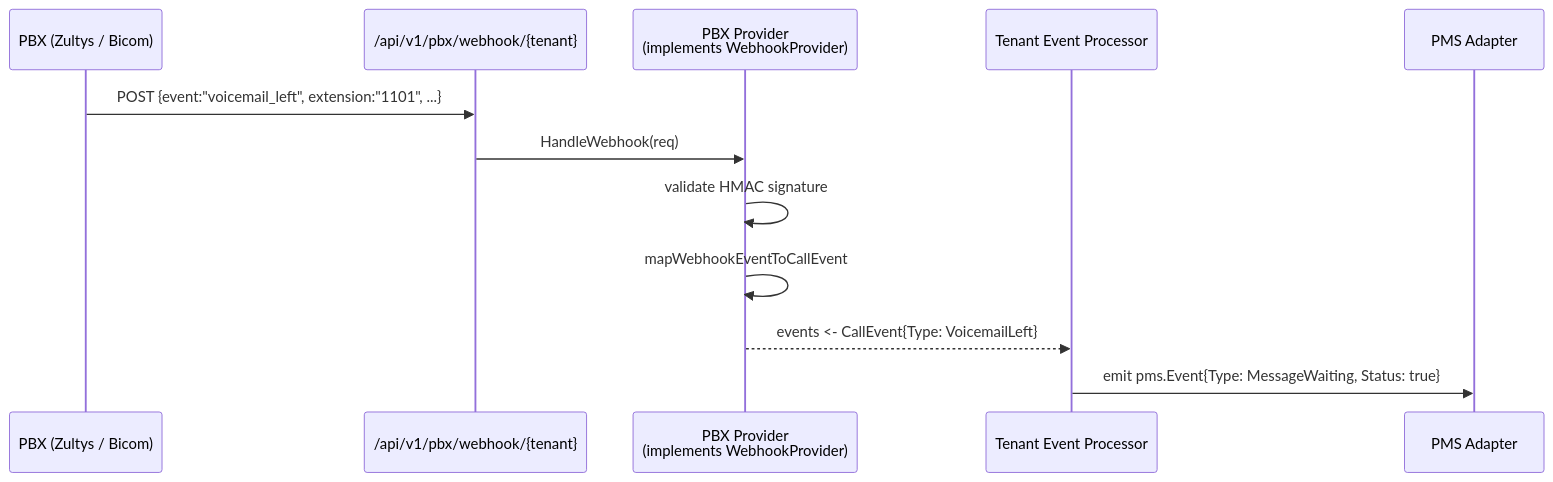
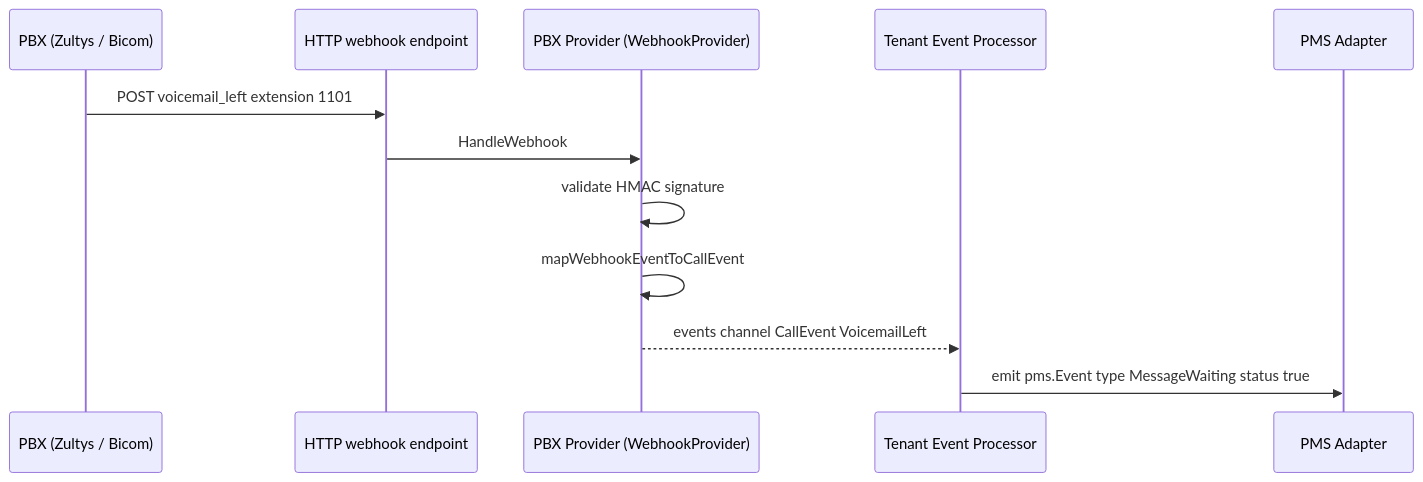
The sixth of 8 diagrams in docs/architecture.md (sagostin/pbx-hospitality), drawn with Mermaid before and after one commit. The commit also changed other lines of this file and 4 other files, not shown here.

First line of the commit message:
docs(mermaid): fix all 28 mermaid diagrams to render reliably

````diff
--- a/docs/architecture.md
+++ b/docs/architecture.md
@@ -406,15 +407,15 @@
 ```mermaid
 sequenceDiagram
     participant PBX as PBX (Zultys / Bicom)
-    participant API as /api/v1/pbx/webhook/{tenant}
-    participant Provider as PBX Provider<br/>(implements WebhookProvider)
+    participant API as HTTP webhook endpoint
+    participant Provider as PBX Provider (WebhookProvider)
     participant Tenant as Tenant Event Processor
     participant PMS as PMS Adapter
 
-    PBX->>API: POST {event:"voicemail_left", extension:"1101", ...}
-    API->>Provider: HandleWebhook(req)
+    PBX->>API: POST voicemail_left extension 1101
+    API->>Provider: HandleWebhook
     Provider->>Provider: validate HMAC signature
     Provider->>Provider: mapWebhookEventToCallEvent
-    Provider-->>Tenant: events <- CallEvent{Type: VoicemailLeft}
-    Tenant->>PMS: emit pms.Event{Type: MessageWaiting, Status: true}
+    Provider-->>Tenant: events channel CallEvent VoicemailLeft
+    Tenant->>PMS: emit pms.Event type MessageWaiting status true
 ```
````
